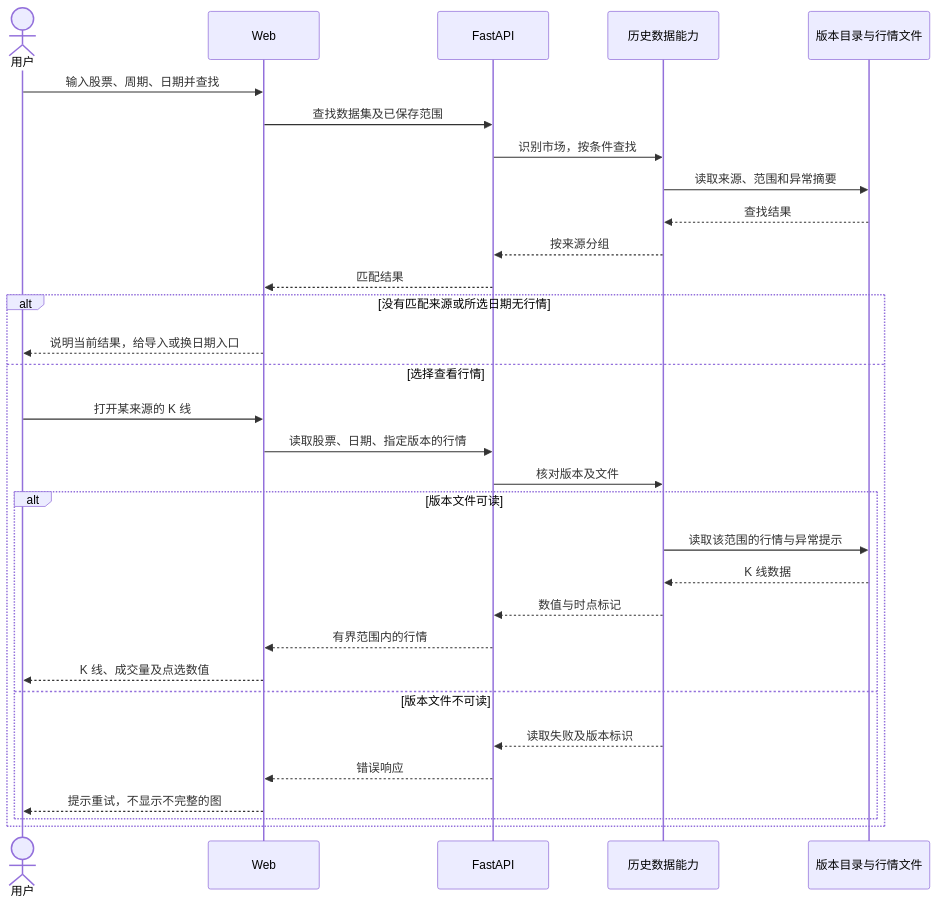
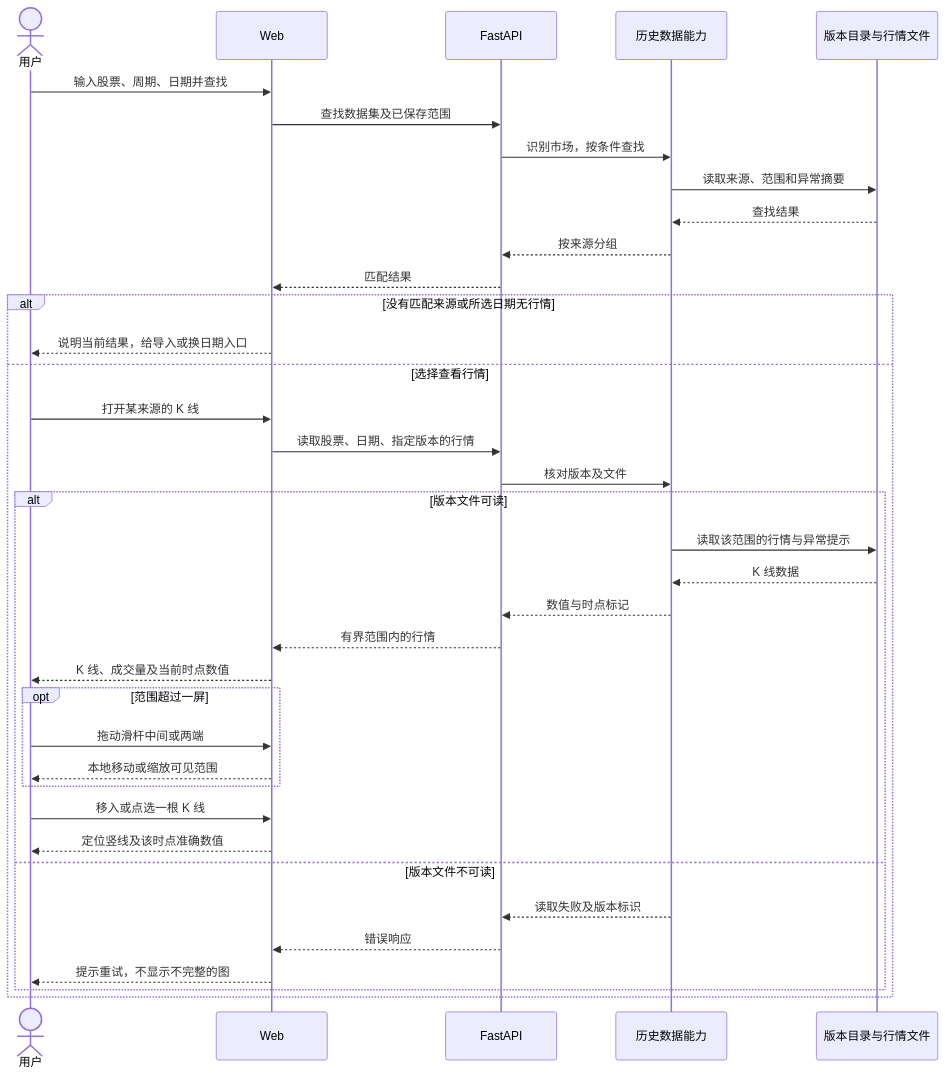
The first of 2 diagrams in docs/requirements/REQ-002/technical-design.md (lunaticzzhg/Lightning), drawn with Mermaid before and after one commit. The commit also changed other lines of this file and 10 other files, not shown here.

````diff
--- a/docs/requirements/REQ-002/technical-design.md
+++ b/docs/requirements/REQ-002/technical-design.md
@@ -29,33 +29,39 @@
 ```mermaid
 sequenceDiagram
     actor 用户
     participant Web
     participant API as FastAPI
     participant 数据 as 历史数据能力
     participant 存储 as 版本目录与行情文件
     用户->>Web: 输入股票、周期、日期并查找
     Web->>API: 查找数据集及已保存范围
     API->>数据: 识别市场，按条件查找
     数据->>存储: 读取来源、范围和异常摘要
     存储-->>数据: 查找结果
     数据-->>API: 按来源分组
     API-->>Web: 匹配结果
     alt 没有匹配来源或所选日期无行情
         Web-->>用户: 说明当前结果，给导入或换日期入口
     else 选择查看行情
         用户->>Web: 打开某来源的 K 线
         Web->>API: 读取股票、日期、指定版本的行情
         API->>数据: 核对版本及文件
         alt 版本文件可读
             数据->>存储: 读取该范围的行情与异常提示
             存储-->>数据: K 线数据
             数据-->>API: 数值与时点标记
             API-->>Web: 有界范围内的行情
-            Web-->>用户: K 线、成交量及点选数值
+            Web-->>用户: K 线、成交量及当前时点数值
+            opt 范围超过一屏
+                用户->>Web: 拖动滑杆中间或两端
+                Web-->>用户: 本地移动或缩放可见范围
+            end
+            用户->>Web: 移入或点选一根 K 线
+            Web-->>用户: 定位竖线及该时点准确数值
         else 版本文件不可读
             数据-->>API: 读取失败及版本标识
             API-->>Web: 错误响应
             Web-->>用户: 提示重试，不显示不完整的图
         end
     end
 ```
````
